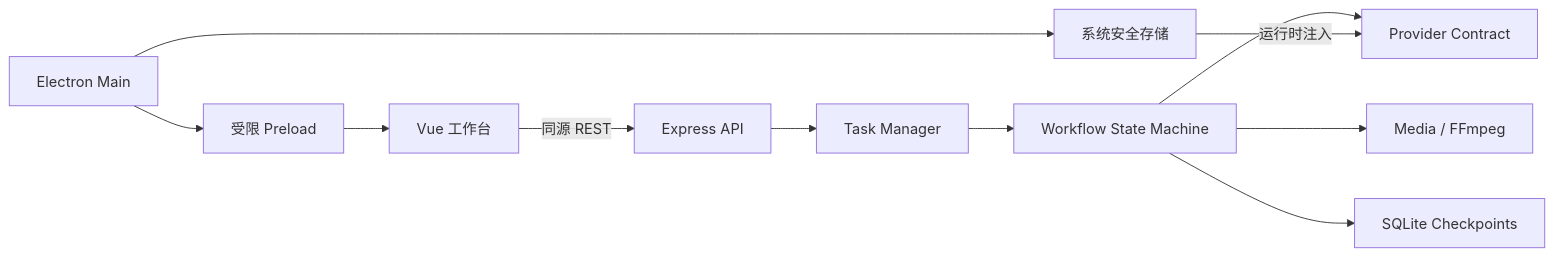
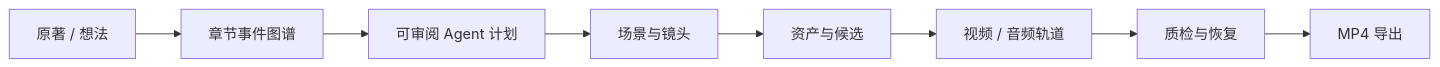
The diagram in README.md (728792899-create/aigc-video-platform), drawn with Mermaid before and after one commit. The commit also changed other lines of this file and 528 other files, not shown here.

````diff
--- a/README.md
+++ b/README.md
@@ -381,13 +28,10 @@
 ```mermaid
 flowchart LR
-  E["Electron Main"] --> P["受限 Preload"]
-  P --> V["Vue 工作台"]
-  V -->|同源 REST| A["Express API"]
-  A --> Q["Task Manager"]
-  Q --> W["Workflow State Machine"]
-  W --> R["Provider Contract"]
-  W --> M["Media / FFmpeg"]
-  W --> D["SQLite Checkpoints"]
-  E --> K["系统安全存储"]
-  K -->|运行时注入| R
+  S["原著 / 想法"] --> E["章节事件图谱"]
+  E --> P["可审阅 Agent 计划"]
+  P --> G["场景与镜头"]
+  G --> A["资产与候选"]
+  A --> T["视频 / 音频轨道"]
+  T --> Q["质检与恢复"]
+  Q --> X["MP4 导出"]
 ```
````
